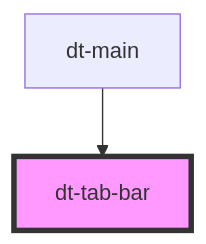
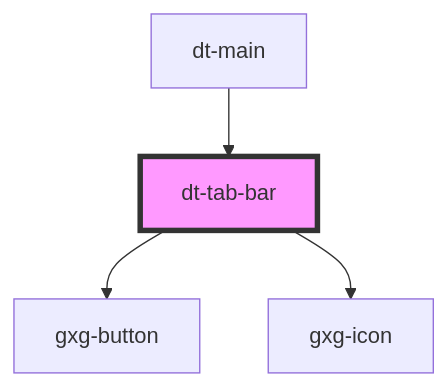
One commit to genexuslabs/design-tokens-editor changed the diagram in src/components/tab-bar/readme.md. Above: the diagram before and after it, drawn with Mermaid. The commit also changed other lines of this file and 3 other files, not shown here.

````diff
--- a/src/components/tab-bar/readme.md
+++ b/src/components/tab-bar/readme.md
@@ -15,5 +20,7 @@
 ```mermaid
 graph TD;
+  dt-tab-bar --> gxg-button
+  dt-tab-bar --> gxg-icon
   dt-main --> dt-tab-bar
   style dt-tab-bar fill:#f9f,stroke:#333,stroke-width:4px
 ```
````
